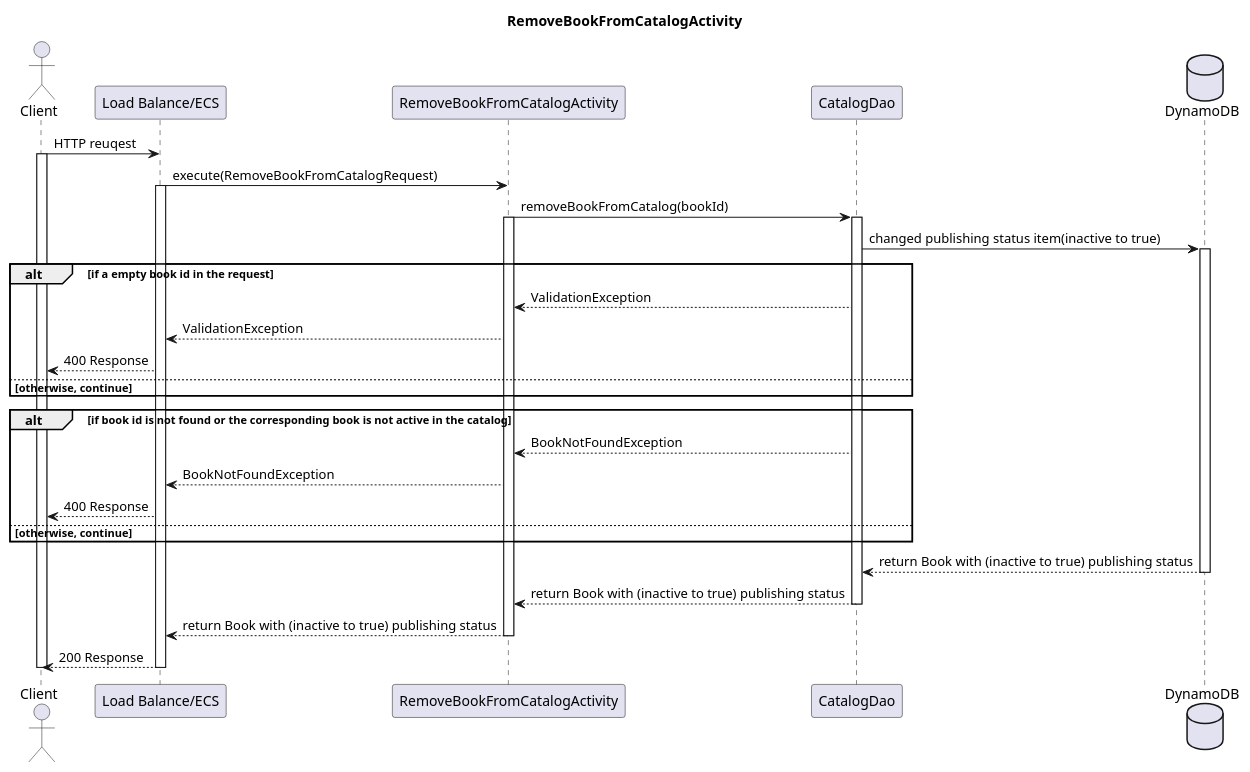
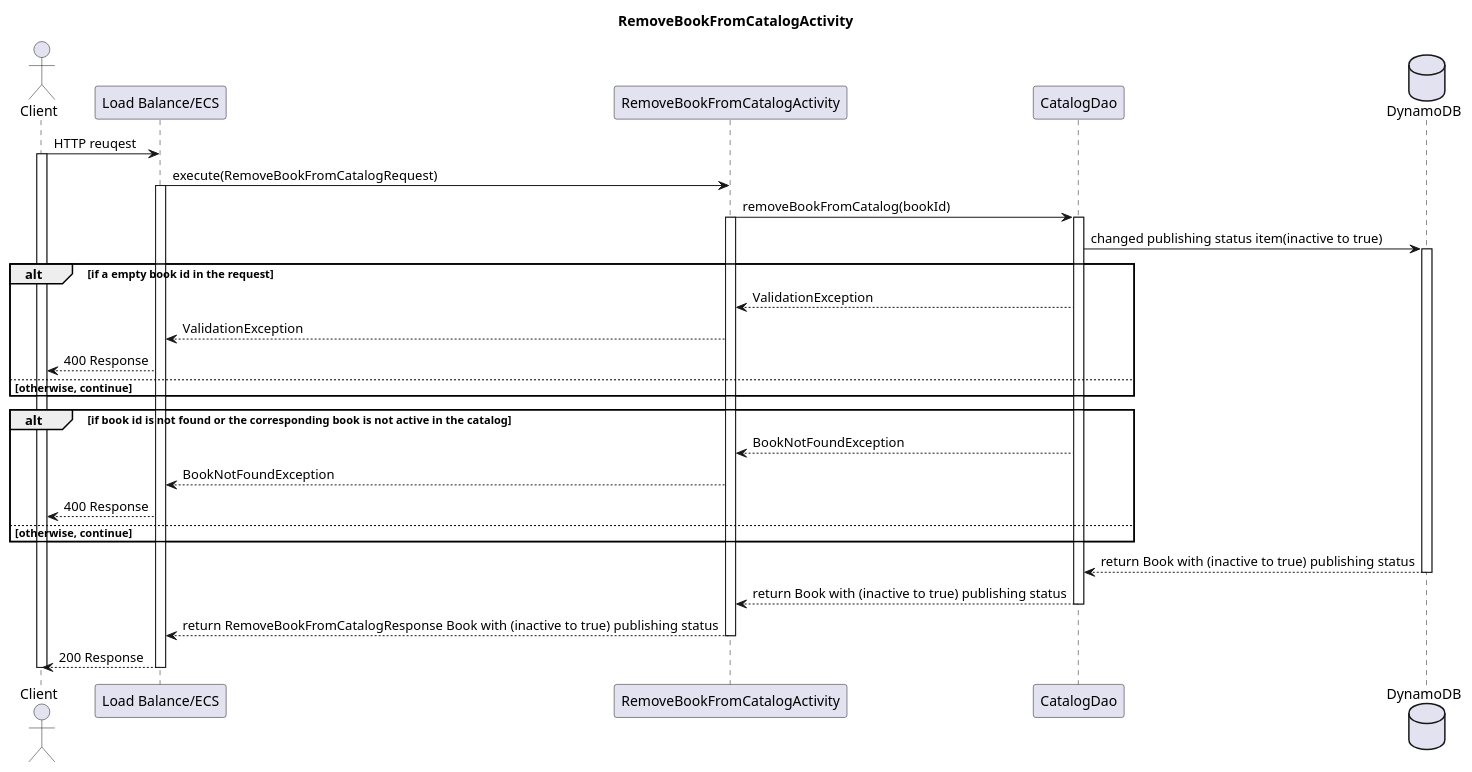
The diagram in src/resources/mastery-task1-remove-book-SD.puml (Jason7jl/Kindle-Publishing-Service), drawn with PlantUML before and after one commit. The commit also changed 12 other files, not shown here.

```diff
--- a/src/resources/mastery-task1-remove-book-SD.puml
+++ b/src/resources/mastery-task1-remove-book-SD.puml
@@ -2,49 +2,49 @@
 @startuml
 title RemoveBookFromCatalogActivity
 
 actor Client
 participant "Load Balance/ECS"
 participant RemoveBookFromCatalogActivity
 participant CatalogDao
 
 
 database DynamoDB
 
 Client -> "Load Balance/ECS" : HTTP reuqest
 activate Client
 "Load Balance/ECS" -> RemoveBookFromCatalogActivity : execute(RemoveBookFromCatalogRequest)
 activate "Load Balance/ECS"
 
 RemoveBookFromCatalogActivity -> CatalogDao : removeBookFromCatalog(bookId)
 activate RemoveBookFromCatalogActivity
 activate CatalogDao
 CatalogDao -> DynamoDB : changed publishing status item(inactive to true)
 activate DynamoDB
 
 alt if a empty book id in the request
 
     RemoveBookFromCatalogActivity <-- CatalogDao : ValidationException
     "Load Balance/ECS" <-- RemoveBookFromCatalogActivity : ValidationException
     Client <-- "Load Balance/ECS" : 400 Response
 else otherwise, continue
 end
 
 alt if book id is not found or the corresponding book is not active in the catalog
 
     RemoveBookFromCatalogActivity <-- CatalogDao : BookNotFoundException
     "Load Balance/ECS" <-- RemoveBookFromCatalogActivity : BookNotFoundException
     Client <-- "Load Balance/ECS" : 400 Response
 else otherwise, continue
 end
 
 CatalogDao <-- DynamoDB : return Book with (inactive to true) publishing status
 deactivate DynamoDB
 CatalogDao --> RemoveBookFromCatalogActivity : return Book with (inactive to true) publishing status
 deactivate CatalogDao
-RemoveBookFromCatalogActivity --> "Load Balance/ECS": return Book with (inactive to true) publishing status
+RemoveBookFromCatalogActivity --> "Load Balance/ECS": return RemoveBookFromCatalogResponse Book with (inactive to true) publishing status
 deactivate RemoveBookFromCatalogActivity
 "Load Balance/ECS" --> Client : 200 Response
 deactivate "Load Balance/ECS"
 deactivate Client
 
 @enduml
```
